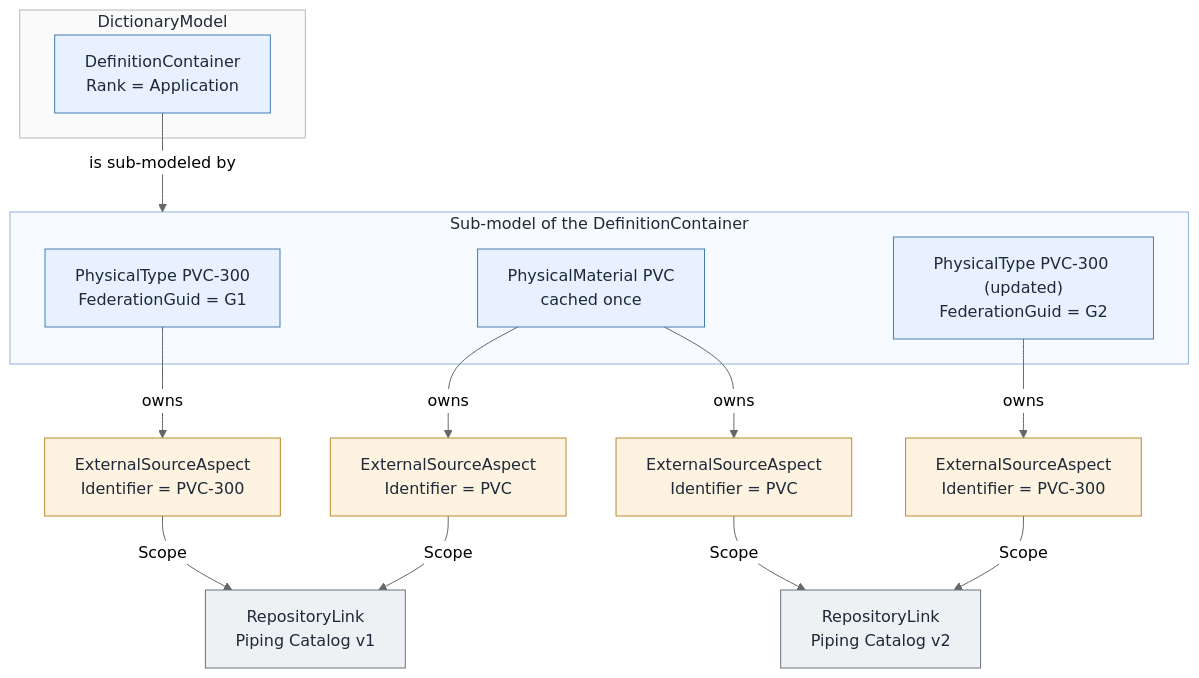
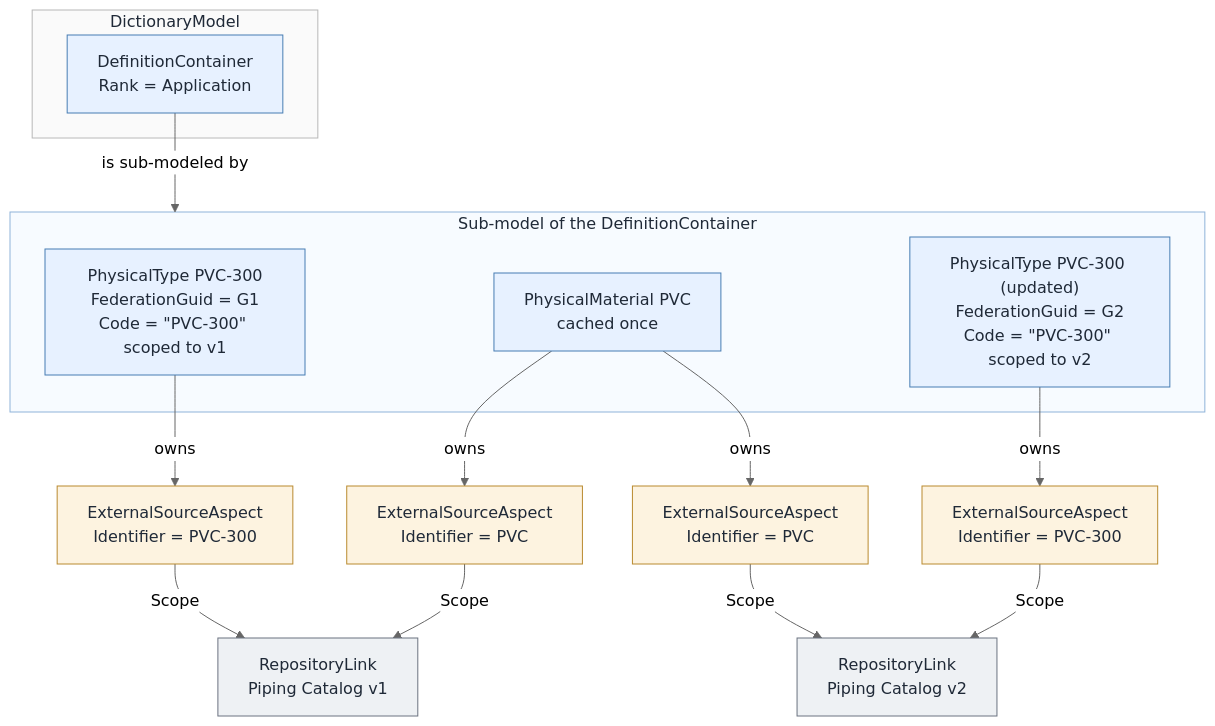
Before and after one commit to iTwin/itwinjs-core: the second of 2 diagrams in docs/bis/guide/data-organization/catalogs.md, drawn with Mermaid (neutral theme). The commit also changed other lines of this file, not shown here.

Commit message:
Show Code identity in provenance diagram node labels

````diff
--- a/docs/bis/guide/data-organization/catalogs.md
+++ b/docs/bis/guide/data-organization/catalogs.md
@@ -116,38 +116,38 @@
 ```mermaid
 graph TD
     subgraph DICT["DictionaryModel"]
         DC["DefinitionContainer<br/>Rank = Application"]
     end
     subgraph CSM["Sub-model of the DefinitionContainer"]
-        D1["PhysicalType PVC-300<br/>FederationGuid = G1"]
+        D1["PhysicalType PVC-300<br/>FederationGuid = G1<br/>Code = &quot;PVC-300&quot; scoped to v1"]
         MAT["PhysicalMaterial PVC<br/>cached once"]
-        D2["PhysicalType PVC-300 (updated)<br/>FederationGuid = G2"]
+        D2["PhysicalType PVC-300 (updated)<br/>FederationGuid = G2<br/>Code = &quot;PVC-300&quot; scoped to v2"]
     end
     A1["ExternalSourceAspect<br/>Identifier = PVC-300"]
     A3["ExternalSourceAspect<br/>Identifier = PVC"]
     A4["ExternalSourceAspect<br/>Identifier = PVC"]
     A2["ExternalSourceAspect<br/>Identifier = PVC-300"]
     RL1["RepositoryLink<br/>Piping Catalog v1"]
     RL2["RepositoryLink<br/>Piping Catalog v2"]
 
     DC -- "is sub-modeled by" --> CSM
     D1 -- "owns" --> A1
     MAT -- "owns" --> A3
     MAT -- "owns" --> A4
     D2 -- "owns" --> A2
     A1 -- "Scope" --> RL1
     A3 -- "Scope" --> RL1
     A4 -- "Scope" --> RL2
     A2 -- "Scope" --> RL2
 
     classDef model fill:#f4f4f4,stroke:#8a8a8a,stroke-width:1px,color:#1f2937
     classDef def fill:#e7f1ff,stroke:#477db3,stroke-width:1px,color:#1f2937
     classDef prov fill:#fdf3e0,stroke:#b98a2f,stroke-width:1px,color:#1f2937
     classDef link fill:#eef1f4,stroke:#6b7280,stroke-width:1px,color:#1f2937
     class DC def
     class D1,D2,MAT def
     class A1,A2,A3,A4 prov
     class RL1,RL2 link
     style DICT fill:#fafafa,stroke:#b8b8b8,stroke-width:1px,color:#1f2937
     style CSM fill:#f7fbff,stroke:#8fb3d9,stroke-width:1px,color:#1f2937
 ```
````
